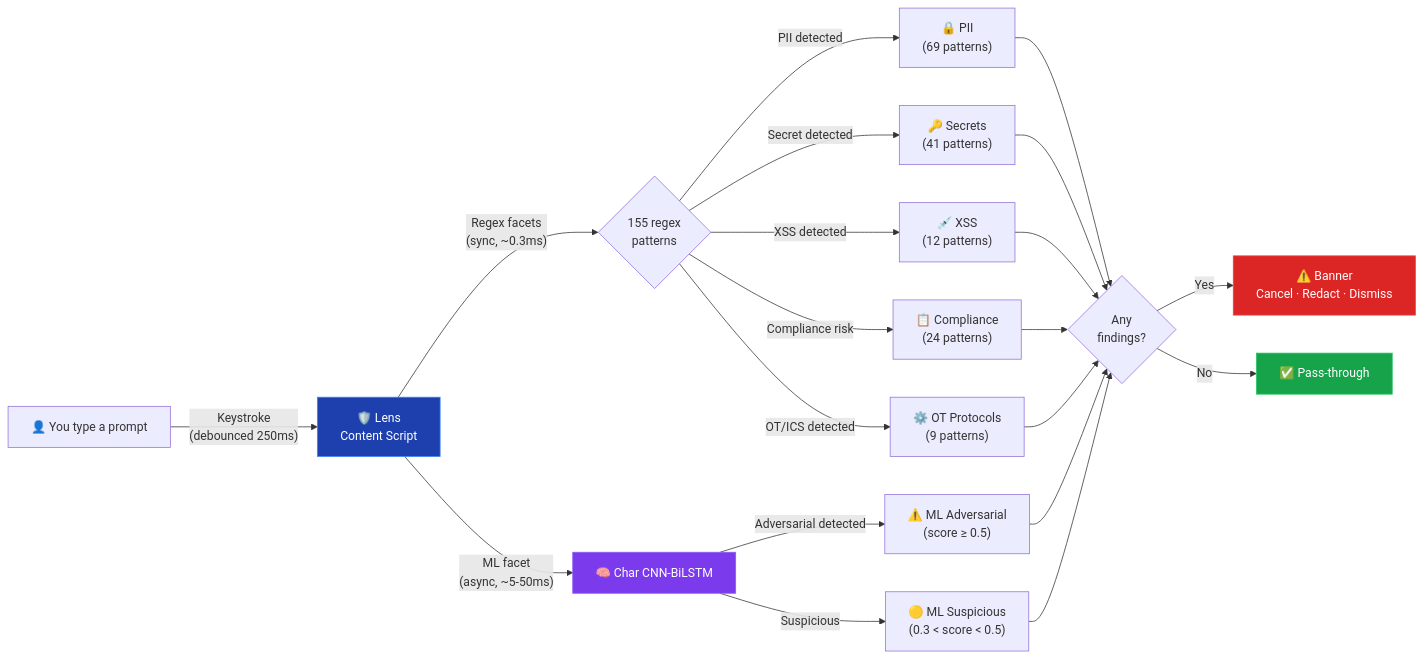
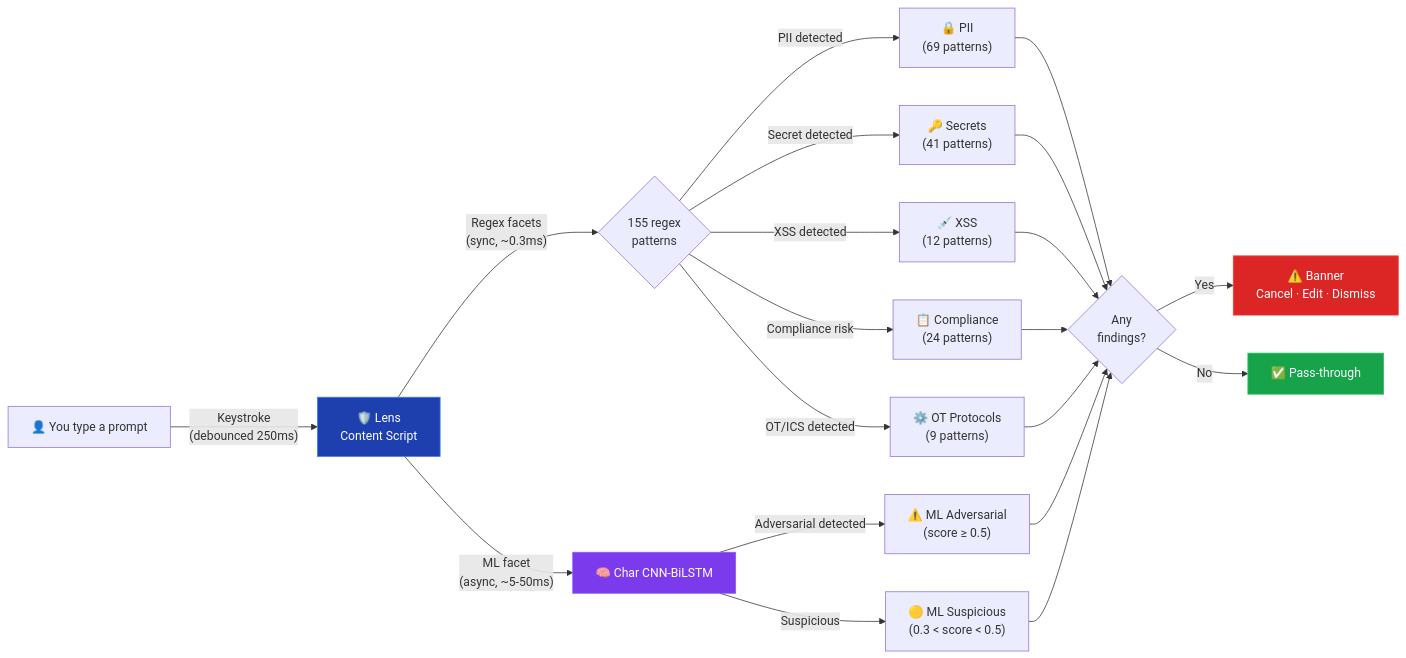
The diagram in README.md (aegisgatesecurity/aegisgate-lens), drawn with Mermaid before and after one commit. The commit also changed other lines of this file, not shown here.

Commit message:
fix: remove redaction refs (Lens doesn't auto-redact), fix Platform pattern count 177→176

````diff
--- a/README.md
+++ b/README.md
@@ -67,23 +67,23 @@
 ```mermaid
 flowchart LR
     User["👤 You type a prompt"] -->|"Keystroke<br/>(debounced 250ms)"| Lens["🛡️ Lens<br/>Content Script"]
     Lens -->|"Regex facets<br/>(sync, ~0.3ms)"| Regex{"155 regex<br/>patterns"}
     Lens -->|"ML facet<br/>(async, ~5-50ms)"| ML["🧠 Char CNN-BiLSTM"]
 
     Regex -->|"PII detected"| PII["🔒 PII<br/>(69 patterns)"]
     Regex -->|"Secret detected"| Secret["🔑 Secrets<br/>(41 patterns)"]
     Regex -->|"XSS detected"| XSS["💉 XSS<br/>(12 patterns)"]
     Regex -->|"Compliance risk"| Comp["📋 Compliance<br/>(24 patterns)"]
     Regex -->|"OT/ICS detected"| OT["⚙️ OT Protocols<br/>(9 patterns)"]
     ML -->|"Adversarial detected"| Adv["⚠️ ML Adversarial<br/>(score ≥ 0.5)"]
     ML -->|"Suspicious"| Sus["🟡 ML Suspicious<br/>(0.3 < score < 0.5)"]
 
     PII & Secret & XSS & Comp & OT & Adv & Sus --> Decision{"Any<br/>findings?"}
-    Decision -->|"Yes"| Banner["⚠️ Banner<br/>Cancel · Redact · Dismiss"]
+    Decision -->|"Yes"| Banner["⚠️ Banner<br/>Cancel · Edit · Dismiss"]
     Decision -->|"No"| Pass["✅ Pass-through"]
 
     style Lens fill:#1e40af,stroke:#3b82f6,color:#fff
     style ML fill:#7c3aed,stroke:#8b5cf6,color:#fff
     style Banner fill:#dc2626,stroke:#ef4444,color:#fff
     style Pass fill:#16a34a,stroke:#22c55e,color:#fff
 ```
````
